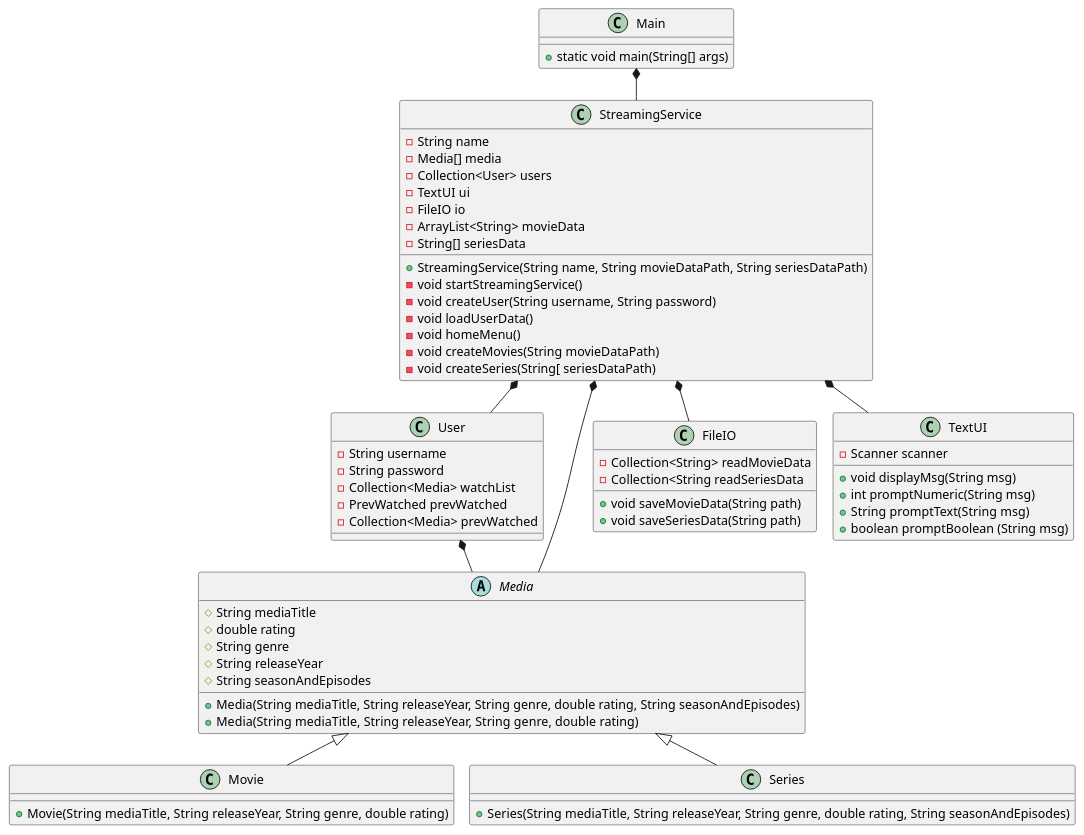
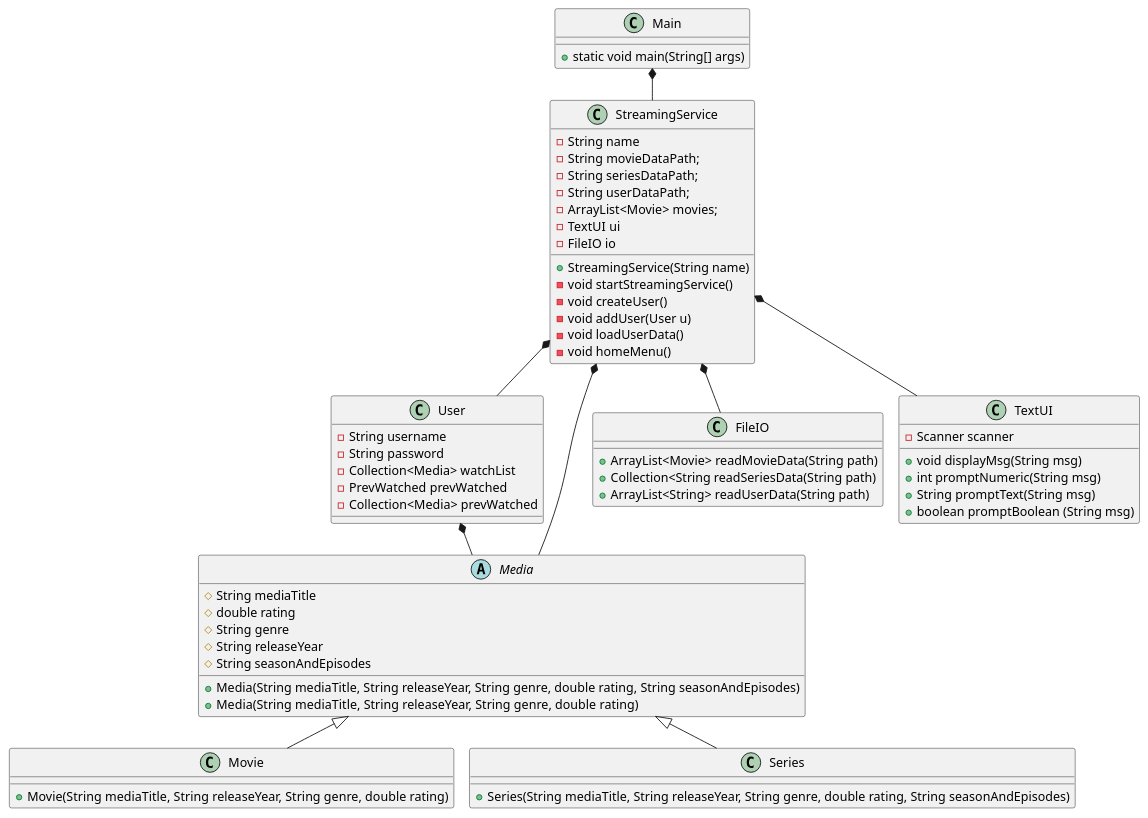
The diagram in doc/classdiagram/classdiagram_v1.puml (EmilDagsberg/SP3), drawn with PlantUML before and after one commit. The commit also changed 5 other files, not shown here.

Commit message:
class diagram fixed

```diff
--- a/doc/classdiagram/classdiagram_v1.puml
+++ b/doc/classdiagram/classdiagram_v1.puml
@@ -1,80 +1,79 @@
 @startuml
 !pragma layout smetana
 
 class Main {
 + static void main(String[] args)
 }
 
 class StreamingService{
 - String name
-- Media[] media
-- Collection<User> users
+- String movieDataPath;
+- String seriesDataPath;
+- String userDataPath;
+- ArrayList<Movie> movies;
 - TextUI ui
 - FileIO io
-- ArrayList<String> movieData
-- String[] seriesData
-+ StreamingService(String name, String movieDataPath, String seriesDataPath)
++ StreamingService(String name)
 - void startStreamingService()
-- void createUser(String username, String password)
+- void createUser()
+- void addUser(User u)
 - void loadUserData()
 - void homeMenu()
-- void createMovies(String movieDataPath)
-- void createSeries(String[ seriesDataPath)
+
 
 }
 
 class User {
 - String username
 - String password
 - Collection<Media> watchList
 - PrevWatched prevWatched
 - Collection<Media> prevWatched
 
 }
 
 
 abstract class Media{
 # String mediaTitle
 # double rating
 # String genre
 # String releaseYear
 # String seasonAndEpisodes
 +Media(String mediaTitle, String releaseYear, String genre, double rating, String seasonAndEpisodes)
 +Media(String mediaTitle, String releaseYear, String genre, double rating)
 }
 
 class Movie{
 + Movie(String mediaTitle, String releaseYear, String genre, double rating)
 'metode der loader liste over film?
 
 }
 
 class Series{
 +Series(String mediaTitle, String releaseYear, String genre, double rating, String seasonAndEpisodes)
 'metode der loader liste over serier?
 }
 
 class FileIO {
-- Collection<String> readMovieData
-- Collection<String readSeriesData
-+ void saveMovieData(String path)
-+ void saveSeriesData(String path)
++ ArrayList<Movie> readMovieData(String path)
++ Collection<String readSeriesData(String path)
++ ArrayList<String> readUserData(String path)
 }
 
 class TextUI {
 - Scanner scanner
 + void displayMsg(String msg)
 + int promptNumeric(String msg)
 + String promptText(String msg)
 + boolean promptBoolean (String msg)
 }
 
 Main *-- StreamingService
 StreamingService *-- User
 StreamingService *-- FileIO
 StreamingService *-- TextUI
 Media <|-- Movie
 Media <|-- Series
 StreamingService *-- Media
 User *-- Media
 @enduml
```
